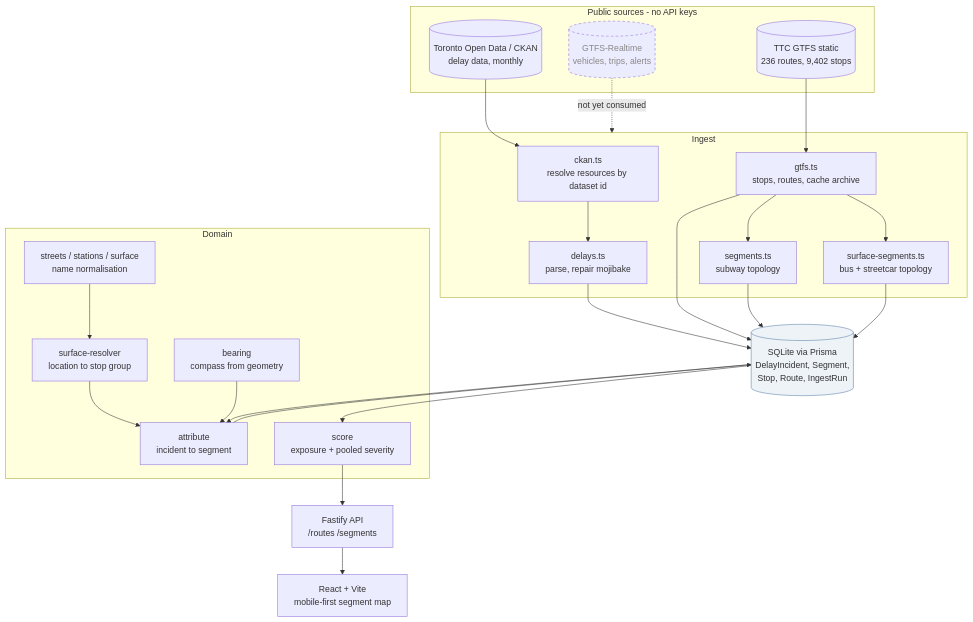
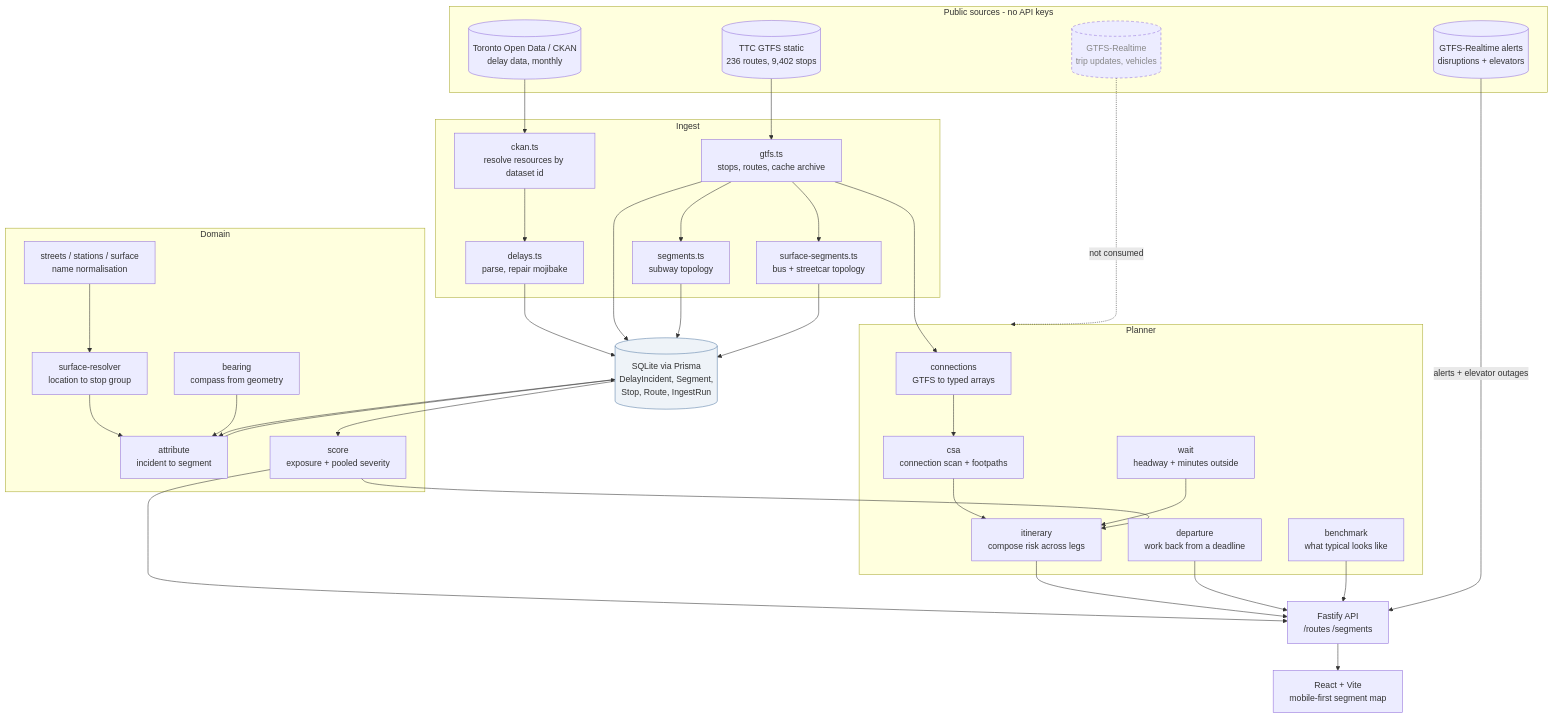
The first of 3 diagrams in docs/architecture/SYSTEM.md (rexoriousyun/20260828-newyork), drawn with Mermaid before and after one commit. The commit also changed other lines of this file and 14 other files, not shown here.

````diff
--- a/docs/architecture/SYSTEM.md
+++ b/docs/architecture/SYSTEM.md
@@ -10,42 +12,59 @@
 ```mermaid
 flowchart TB
     subgraph src[Public sources - no API keys]
         CKAN[(Toronto Open Data / CKAN<br/>delay data, monthly)]
         GTFS[(TTC GTFS static<br/>236 routes, 9,402 stops)]
-        RT[(GTFS-Realtime<br/>vehicles, trips, alerts)]
+        RT[(GTFS-Realtime alerts<br/>disruptions + elevators)]
+        RTX[(GTFS-Realtime<br/>trip updates, vehicles)]
     end
 
     subgraph ing[Ingest]
         R[ckan.ts<br/>resolve resources by dataset id]
         D[delays.ts<br/>parse, repair mojibake]
         G[gtfs.ts<br/>stops, routes, cache archive]
         S1[segments.ts<br/>subway topology]
         S2[surface-segments.ts<br/>bus + streetcar topology]
     end
 
     subgraph dom[Domain]
         N[streets / stations / surface<br/>name normalisation]
         RES[surface-resolver<br/>location to stop group]
         B[bearing<br/>compass from geometry]
         A[attribute<br/>incident to segment]
         SC[score<br/>exposure + pooled severity]
     end
 
+    subgraph plan[Planner]
+        CON[connections<br/>GTFS to typed arrays]
+        CSA[csa<br/>connection scan + footpaths]
+        IT[itinerary<br/>compose risk across legs]
+        WT[wait<br/>headway + minutes outside]
+        DEP[departure<br/>work back from a deadline]
+        BM[benchmark<br/>what typical looks like]
+    end
+
     DB[(SQLite via Prisma<br/>DelayIncident, Segment,<br/>Stop, Route, IngestRun)]
 
     API[Fastify API<br/>/routes /segments]
     WEB[React + Vite<br/>mobile-first segment map]
 
     CKAN --> R --> D --> DB
     GTFS --> G --> DB
     G --> S1 --> DB
     G --> S2 --> DB
     N --> RES --> A
     B --> A
     DB --> A --> DB
-    DB --> SC --> API --> WEB
-    RT -.->|not yet consumed| ing
+    DB --> SC --> API
+    G --> CON --> CSA --> IT --> API
+    WT --> IT
+    DEP --> API
+    BM --> API
+    SC --> IT
+    RT -->|alerts + elevator outages| API
+    API --> WEB
+    RTX -.->|not consumed| plan
 
-    style RT stroke-dasharray: 5 4,color:#888
+    style RTX stroke-dasharray: 5 4,color:#888
     style DB fill:#eef3f8,stroke:#5a7fa8
 ```
````
